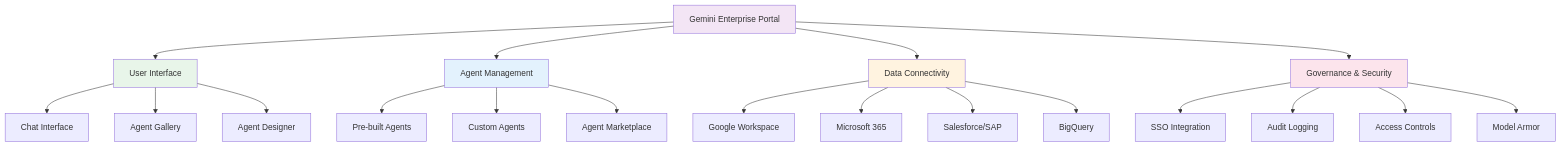
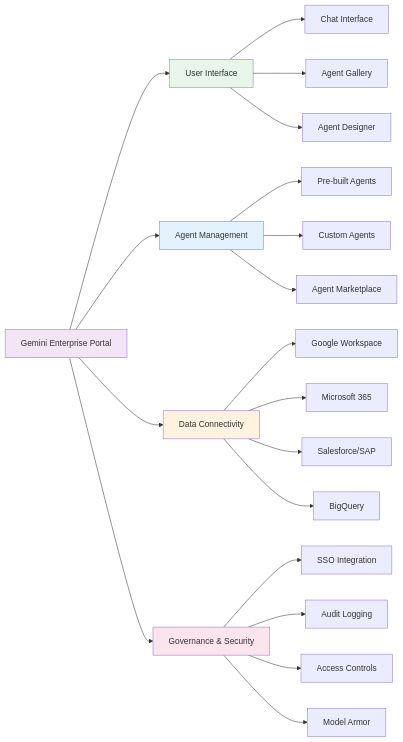
The third of 7 diagrams in docs/blog/2025-10-21-gemini-enterprise.md (raphaelmansuy/adk_training), drawn with Mermaid before and after one commit. The commit also changed other lines of this file and 2 other files, not shown here.

````diff
--- a/docs/blog/2025-10-21-gemini-enterprise.md
+++ b/docs/blog/2025-10-21-gemini-enterprise.md
@@ -249,31 +259,31 @@
 ```mermaid
-graph TB
+graph LR
     A["Gemini Enterprise Portal"] --> B["User Interface"]
     A --> C["Agent Management"]
     A --> D["Data Connectivity"]
     A --> E["Governance & Security"]
 
     B --> B1["Chat Interface"]
     B --> B2["Agent Gallery"]
     B --> B3["Agent Designer"]
 
     C --> C1["Pre-built Agents"]
     C --> C2["Custom Agents"]
     C --> C3["Agent Marketplace"]
 
     D --> D1["Google Workspace"]
     D --> D2["Microsoft 365"]
     D --> D3["Salesforce/SAP"]
     D --> D4["BigQuery"]
 
     E --> E1["SSO Integration"]
     E --> E2["Audit Logging"]
     E --> E3["Access Controls"]
     E --> E4["Model Armor"]
 
     style A fill:#f3e5f5
     style B fill:#e8f5e9
     style C fill:#e3f2fd
     style D fill:#fff3e0
     style E fill:#fce4ec
 ```
````
